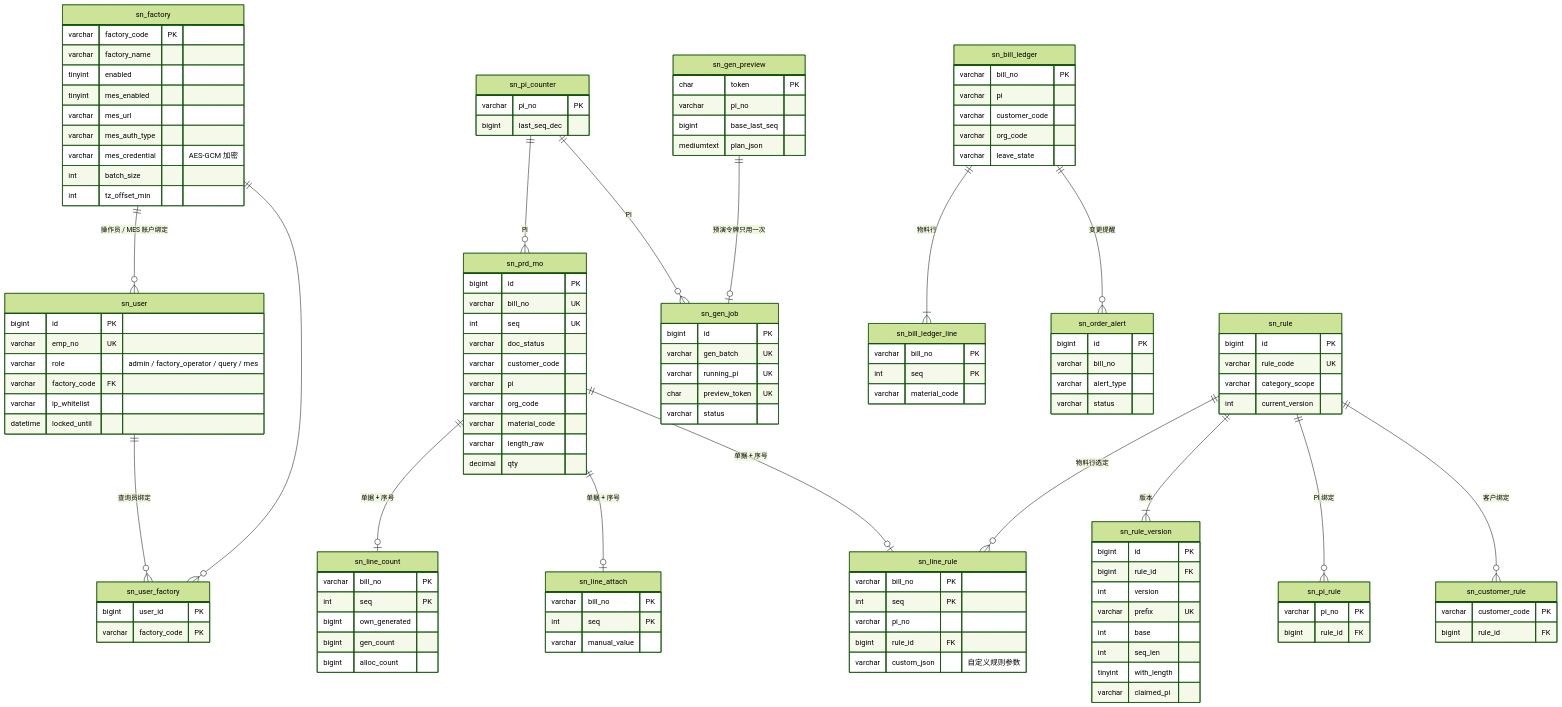
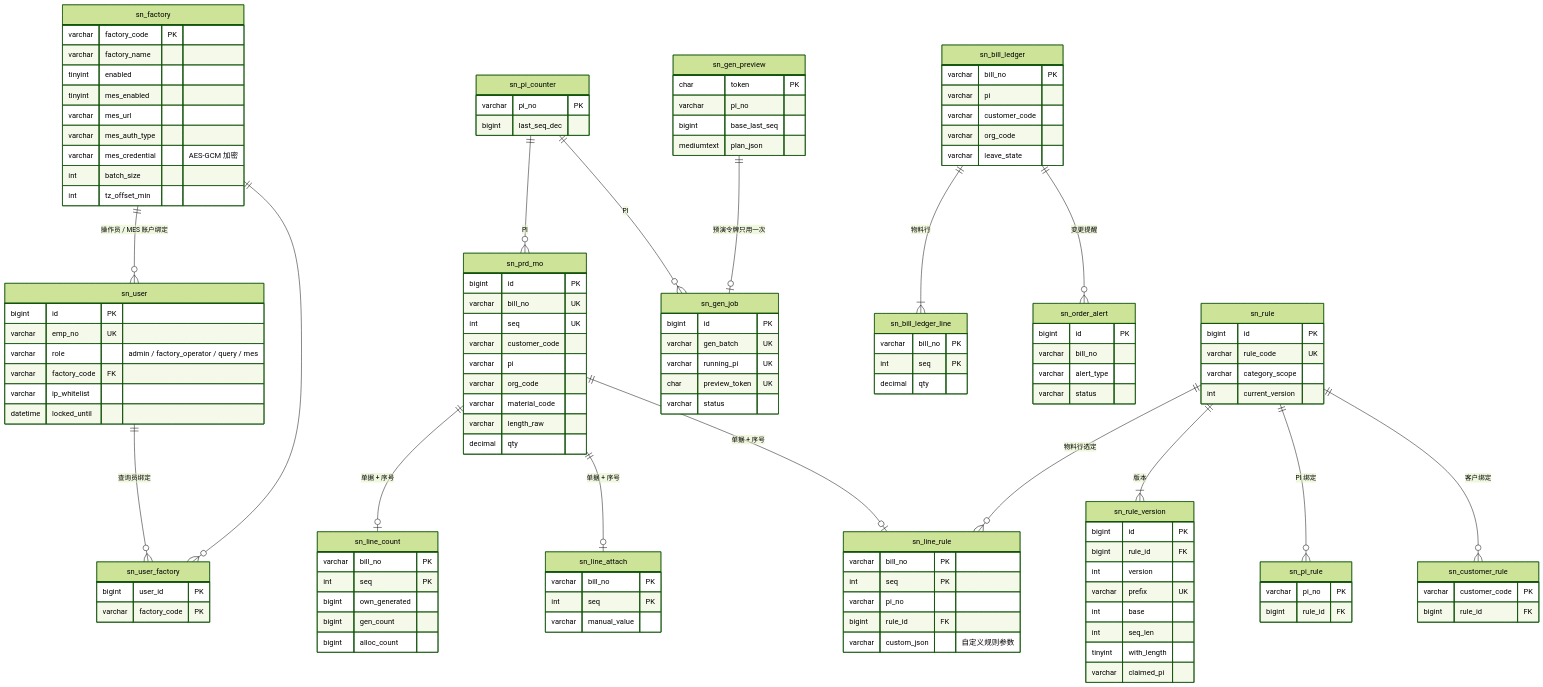
One commit to Createsnow/sn-center changed the diagram in docs/images/系统技术方案/fig2-5-er-base.mmd. Above: the diagram before and after it, drawn with Mermaid (forest theme). The commit also changed 23 other files, not shown here.

```diff
--- a/docs/images/系统技术方案/fig2-5-er-base.mmd
+++ b/docs/images/系统技术方案/fig2-5-er-base.mmd
@@ -1,129 +1,128 @@
 erDiagram
   sn_factory ||--o{ sn_user : "操作员 / MES 账户绑定"
   sn_user ||--o{ sn_user_factory : "查询员绑定"
   sn_factory ||--o{ sn_user_factory : ""
   sn_prd_mo ||--o| sn_line_count : "单据 + 序号"
   sn_prd_mo ||--o| sn_line_attach : "单据 + 序号"
   sn_prd_mo ||--o| sn_line_rule : "单据 + 序号"
   sn_rule ||--|{ sn_rule_version : "版本"
   sn_rule ||--o{ sn_pi_rule : "PI 绑定"
   sn_rule ||--o{ sn_customer_rule : "客户绑定"
   sn_rule ||--o{ sn_line_rule : "物料行选定"
   sn_pi_counter ||--o{ sn_prd_mo : "PI"
   sn_pi_counter ||--o{ sn_gen_job : "PI"
   sn_gen_preview ||--o| sn_gen_job : "预演令牌只用一次"
   sn_bill_ledger ||--|{ sn_bill_ledger_line : "物料行"
   sn_bill_ledger ||--o{ sn_order_alert : "变更提醒"
   sn_factory {
     varchar factory_code PK
     varchar factory_name
     tinyint enabled
     tinyint mes_enabled
     varchar mes_url
     varchar mes_auth_type
     varchar mes_credential "AES-GCM 加密"
     int batch_size
     int tz_offset_min
   }
   sn_user {
     bigint id PK
     varchar emp_no UK
     varchar role "admin / factory_operator / query / mes"
     varchar factory_code FK
     varchar ip_whitelist
     datetime locked_until
   }
   sn_user_factory {
     bigint user_id PK
     varchar factory_code PK
   }
   sn_prd_mo {
     bigint id PK
     varchar bill_no UK
     int seq UK
-    varchar doc_status
     varchar customer_code
     varchar pi
     varchar org_code
     varchar material_code
     varchar length_raw
     decimal qty
   }
   sn_line_count {
     varchar bill_no PK
     int seq PK
     bigint own_generated
     bigint gen_count
     bigint alloc_count
   }
   sn_line_attach {
     varchar bill_no PK
     int seq PK
     varchar manual_value
   }
   sn_line_rule {
     varchar bill_no PK
     int seq PK
     varchar pi_no
     bigint rule_id FK
     varchar custom_json "自定义规则参数"
   }
   sn_rule {
     bigint id PK
     varchar rule_code UK
     varchar category_scope
     int current_version
   }
   sn_rule_version {
     bigint id PK
     bigint rule_id FK
     int version
     varchar prefix UK
     int base
     int seq_len
     tinyint with_length
     varchar claimed_pi
   }
   sn_pi_rule {
     varchar pi_no PK
     bigint rule_id FK
   }
   sn_customer_rule {
     varchar customer_code PK
     bigint rule_id FK
   }
   sn_pi_counter {
     varchar pi_no PK
     bigint last_seq_dec
   }
   sn_gen_preview {
     char token PK
     varchar pi_no
     bigint base_last_seq
     mediumtext plan_json
   }
   sn_gen_job {
     bigint id PK
     varchar gen_batch UK
     varchar running_pi UK
     char preview_token UK
     varchar status
   }
   sn_bill_ledger {
     varchar bill_no PK
     varchar pi
     varchar customer_code
     varchar org_code
     varchar leave_state
   }
   sn_bill_ledger_line {
     varchar bill_no PK
     int seq PK
-    varchar material_code
+    decimal qty
   }
   sn_order_alert {
     bigint id PK
     varchar bill_no
     varchar alert_type
     varchar status
   }
```
